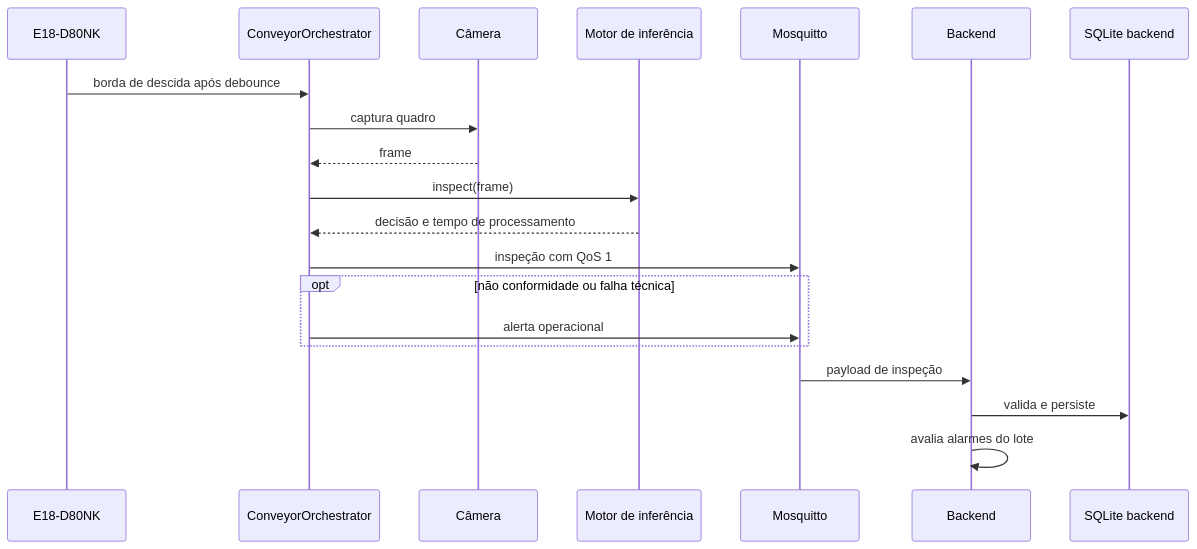
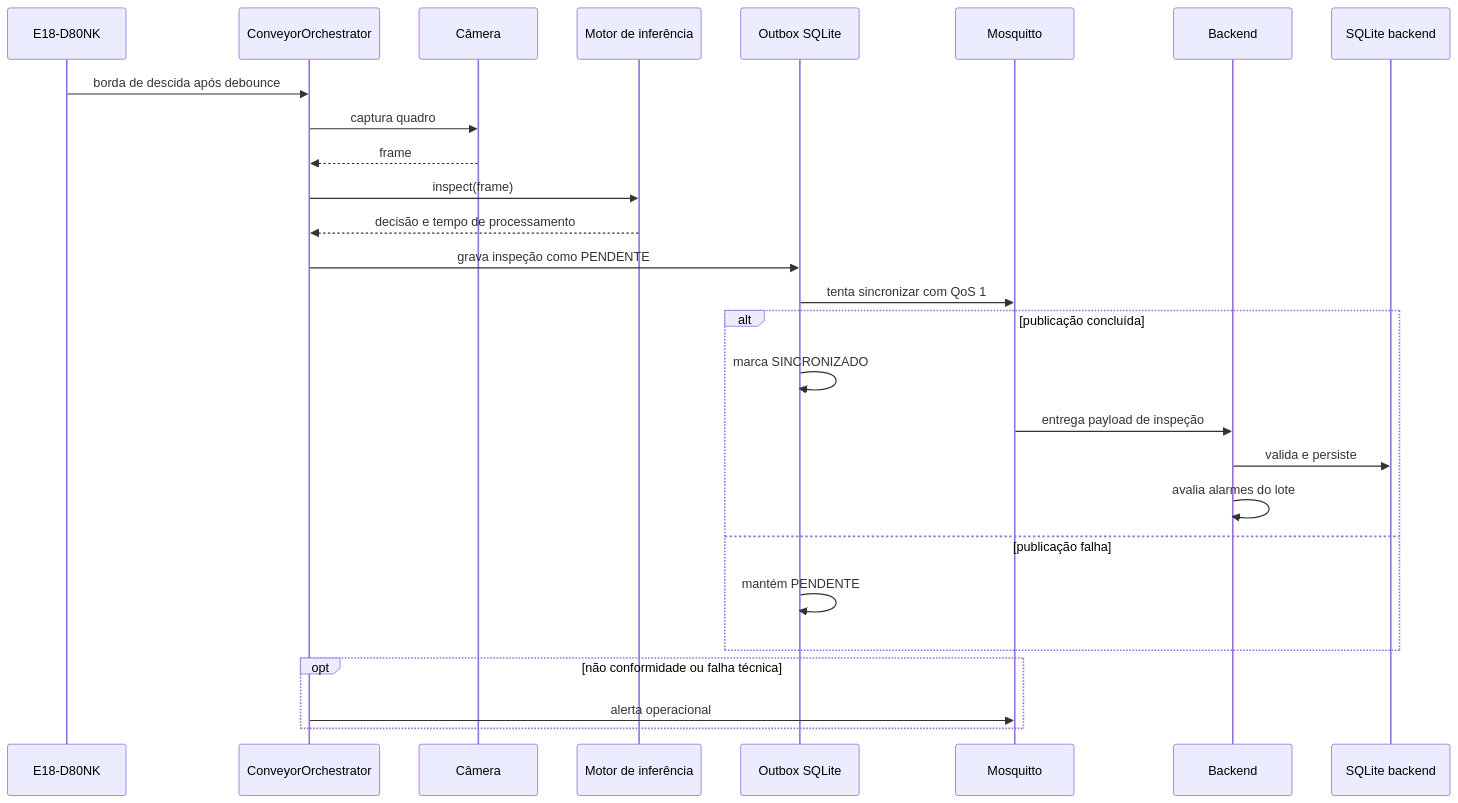
One commit to eldrayan/Vigi-TCCPNAAT changed the third of 3 diagrams in docs/arquitetura/diagrama-arquitetural.md. Above: the diagram before and after it, drawn with Mermaid. The commit also changed other lines of this file and 4 other files, not shown here.

````diff
--- a/docs/arquitetura/diagrama-arquitetural.md
+++ b/docs/arquitetura/diagrama-arquitetural.md
@@ -156,23 +160,30 @@
 ```mermaid
 sequenceDiagram
     participant S as E18-D80NK
     participant E as ConveyorOrchestrator
     participant C as Câmera
     participant I as Motor de inferência
+    participant O as Outbox SQLite
     participant M as Mosquitto
     participant B as Backend
     participant D as SQLite backend
 
     S->>E: borda de descida após debounce
     E->>C: captura quadro
     C-->>E: frame
     E->>I: inspect(frame)
     I-->>E: decisão e tempo de processamento
-    E->>M: inspeção com QoS 1
+    E->>O: grava inspeção como PENDENTE
+    O->>M: tenta sincronizar com QoS 1
+    alt publicação concluída
+        O->>O: marca SINCRONIZADO
+        M->>B: entrega payload de inspeção
+        B->>D: valida e persiste
+        B->>B: avalia alarmes do lote
+    else publicação falha
+        O->>O: mantém PENDENTE
+    end
     opt não conformidade ou falha técnica
         E->>M: alerta operacional
     end
-    M->>B: payload de inspeção
-    B->>D: valida e persiste
-    B->>B: avalia alarmes do lote
 ```
````
